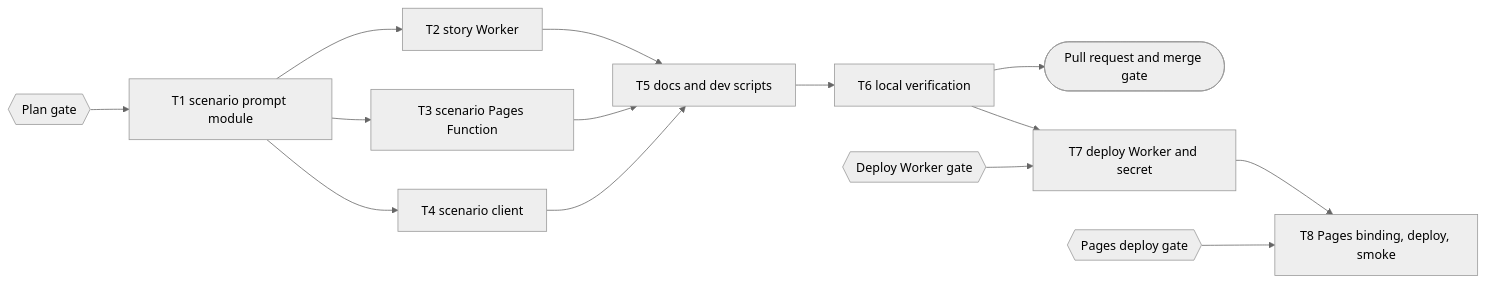
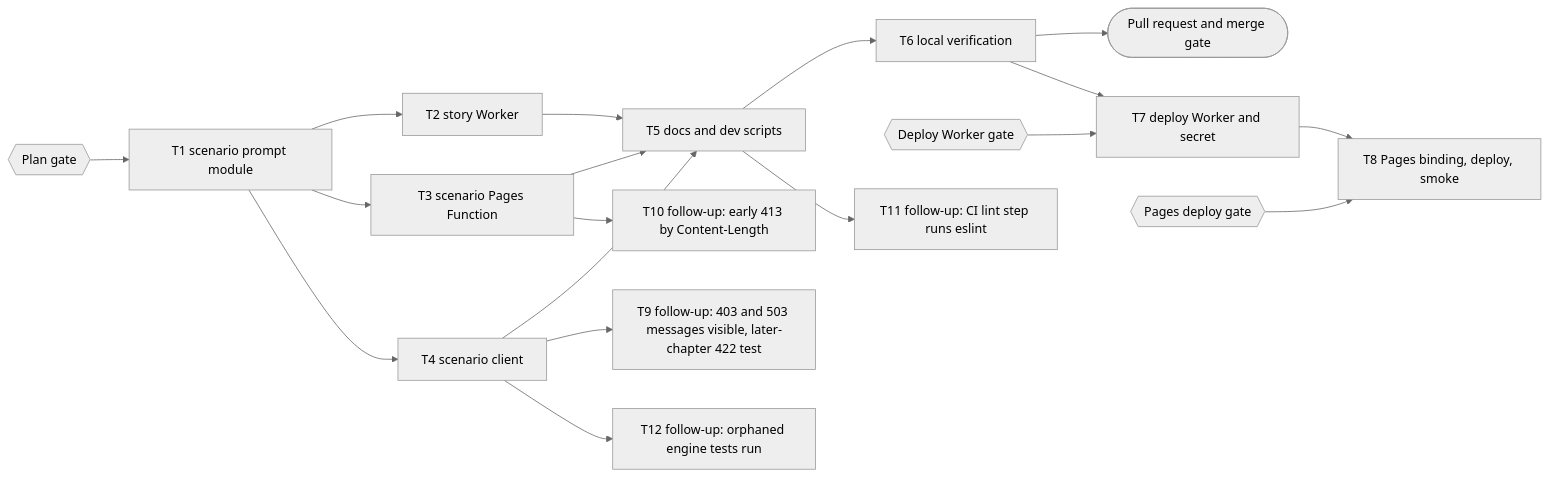
Before and after one commit to belajarcarabelajar/time-capsule: the diagram in docs/code-plan/plans/2026-10-21-claude-story-worker.md, drawn with Mermaid (neutral theme). The commit also changed other lines of this file and 2 other files, not shown here.

Commit message:
docs: record debt-sweep follow-ups, verification rerun, and closeout status

````diff
--- a/docs/code-plan/plans/2026-10-21-claude-story-worker.md
+++ b/docs/code-plan/plans/2026-10-21-claude-story-worker.md
@@ -187,18 +237,22 @@
 ```mermaid
 flowchart LR
     accTitle: Claude story Worker implementation plan
     accDescr: The shared prompt module unblocks three parallel tasks for the Worker, the Pages Function and the client; docs and local verification follow, then the gated Worker deploy and the gated Pages binding and deploy.
     G0{{"Plan gate"}} --> T1["T1 scenario prompt module"]
     T1 --> T2["T2 story Worker"]
     T1 --> T3["T3 scenario Pages Function"]
     T1 --> T4["T4 scenario client"]
     T2 --> T5["T5 docs and dev scripts"]
     T3 --> T5
     T4 --> T5
     T5 --> T6["T6 local verification"]
     T6 --> PR(["Pull request and merge gate"])
     T6 --> T7["T7 deploy Worker and secret"]
     G1{{"Deploy Worker gate"}} --> T7
     T7 --> T8["T8 Pages binding, deploy, smoke"]
     G2{{"Pages deploy gate"}} --> T8
+    T4 --> T9["T9 follow-up: 403 and 503 messages visible, later-chapter 422 test"]
+    T3 --> T10["T10 follow-up: early 413 by Content-Length"]
+    T5 --> T11["T11 follow-up: CI lint step runs eslint"]
+    T4 --> T12["T12 follow-up: orphaned engine tests run"]
 ```
````
